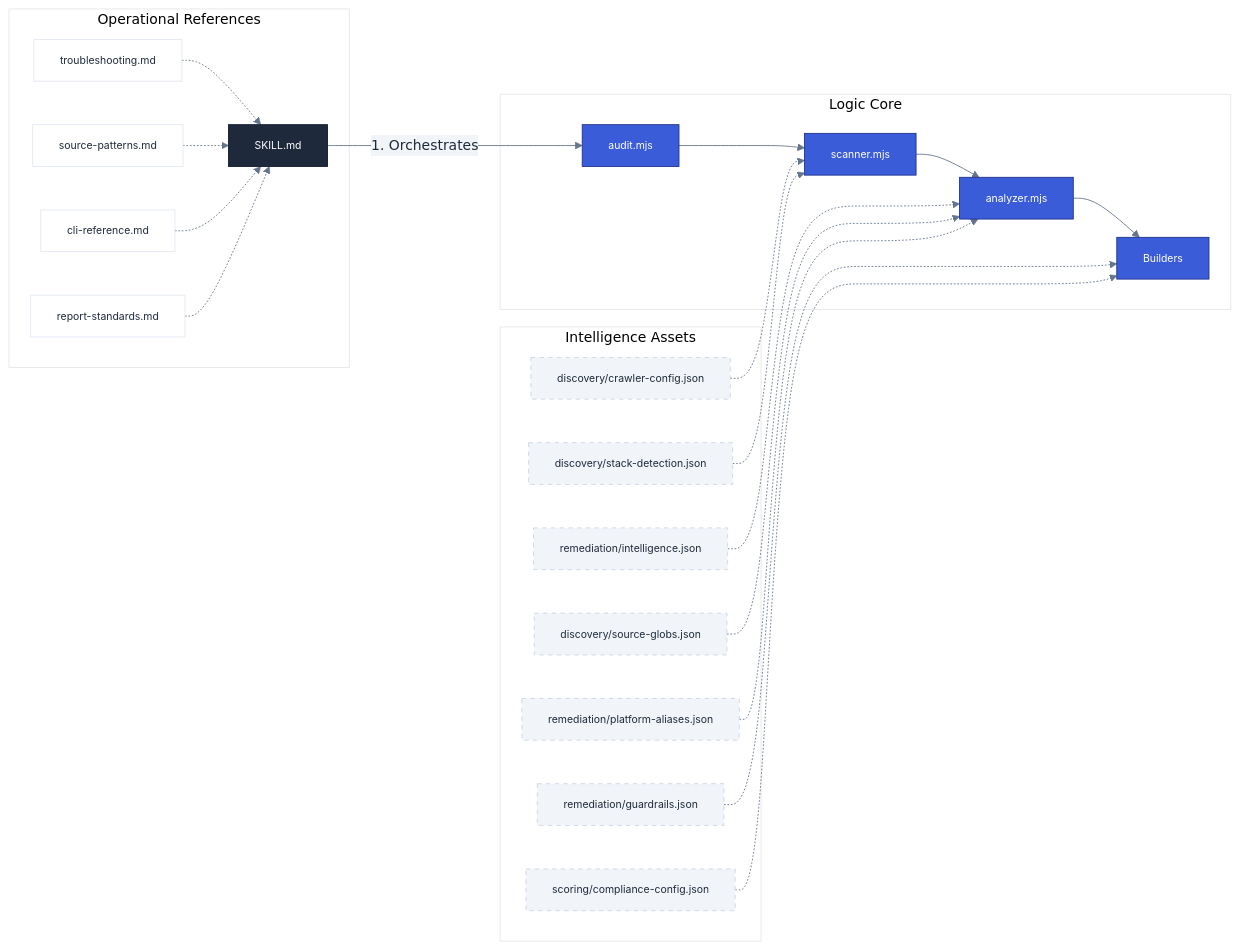
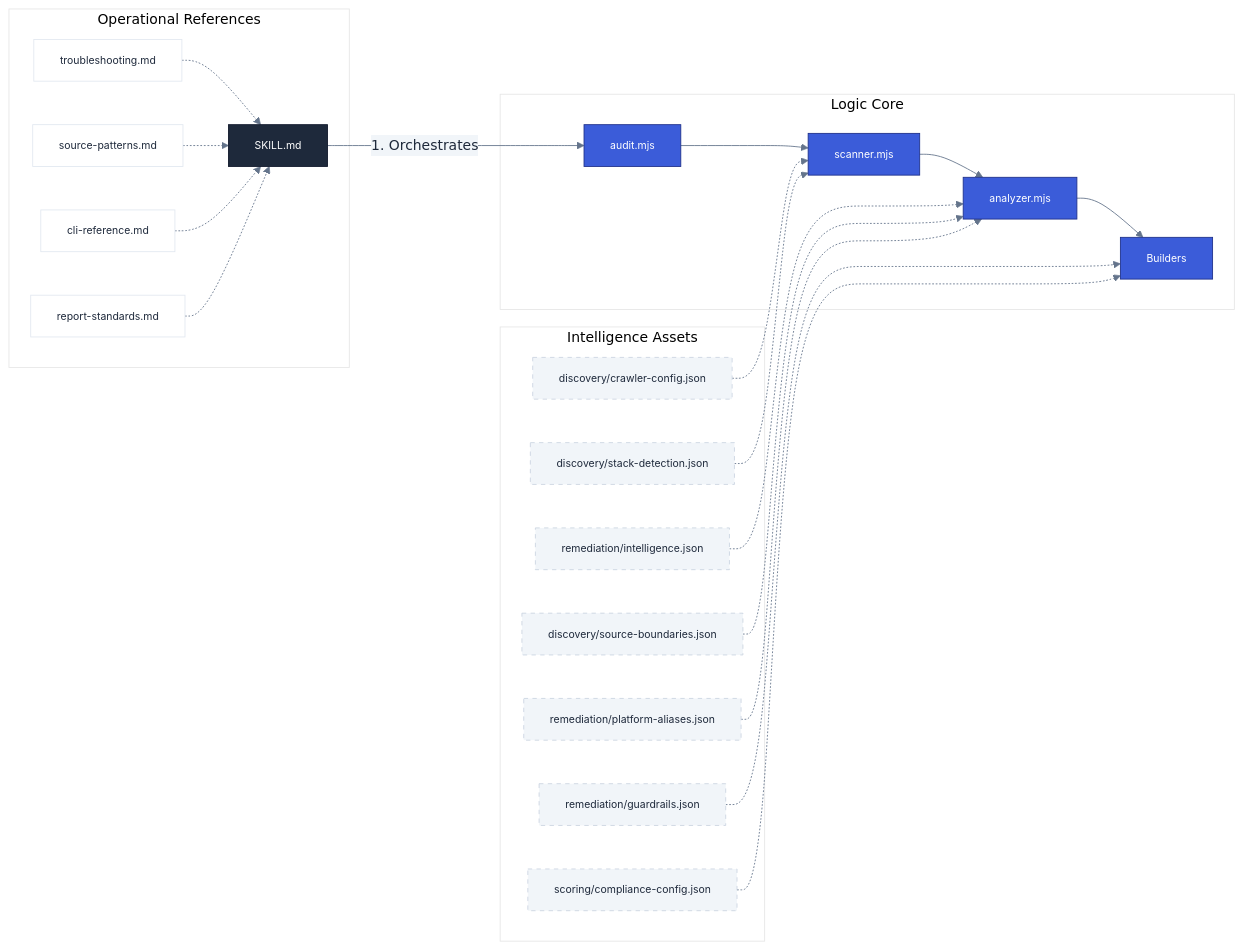
The second of 2 diagrams in docs/engine-manifest.md (diegovelasquezweb/a11y-skill), drawn with Mermaid before and after one commit. The commit also changed other lines of this file and 6 other files, not shown here.

Commit message:
refactor: replace source globs with source boundaries and rename stack detection signal keys for clarity.

````diff
--- a/docs/engine-manifest.md
+++ b/docs/engine-manifest.md
@@ -116,37 +116,37 @@
 ```mermaid
 %%{init: { 'theme': 'base', 'themeVariables': { 'primaryColor': '#3b5cd9', 'primaryTextColor': '#1e293b', 'primaryBorderColor': '#1e308a', 'lineColor': '#64748b', 'secondaryColor': '#f1f5f9', 'tertiaryColor': '#fff', 'mainBkg': '#fff', 'nodeBorder': '#e2e8f0' } } }%%
 flowchart LR
     A[SKILL.md] -- "1. Orchestrates" --> B[audit.mjs]
 
     subgraph Engine ["Logic Core"]
         B --> C[scanner.mjs]
         C --> D[analyzer.mjs]
         D --> E[Builders]
     end
 
     subgraph Data ["Intelligence Assets"]
         AS1[discovery/crawler-config.json] -.-> C
         AS2[discovery/stack-detection.json] -.-> C
         AS3[remediation/intelligence.json] -.-> D
-        AS4[discovery/source-globs.json] -.-> D
+        AS4[discovery/source-boundaries.json] -.-> D
         AS5[remediation/platform-aliases.json] -.-> D
         AS6[remediation/guardrails.json] -.-> E
         AS7[scoring/compliance-config.json] -.-> E
     end
 
     subgraph Knowledge ["Operational References"]
         R1[troubleshooting.md] -.-> A
         R2[source-patterns.md] -.-> A
         R3[cli-reference.md] -.-> A
         R4[report-standards.md] -.-> A
     end
 
     classDef default font-family:Inter,sans-serif,font-size:12px;
     classDef playbook fill:#1e293b,color:#fff,stroke:#0f172a;
     classDef core fill:#3b5cd9,color:#fff,stroke:#1e308a;
     classDef storage fill:#f1f5f9,stroke:#cbd5e1,stroke-dasharray: 5 5;
 
     class A playbook;
     class B,C,D,E core;
     class AS1,AS2,AS3,AS4,AS5,AS6,AS7 storage;
 ```
````
